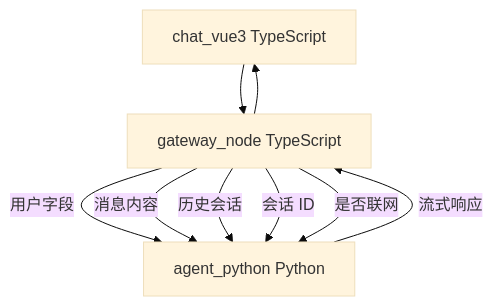
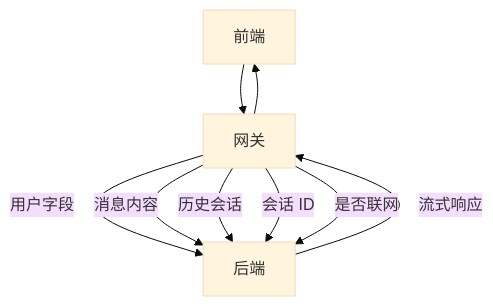
One commit to swipth/work-report changed the seventh of 8 diagrams in reports/2026-05-26/index.md. Above: the diagram before and after it, drawn with Mermaid (base theme). The commit also changed other lines of this file and 18 other files, not shown here.

````diff
--- a/reports/2026-05-26/index.md
+++ b/reports/2026-05-26/index.md
@@ -160,11 +160,11 @@
 ```mermaid
 flowchart TB
-  FE["chat_vue3 TypeScript"] --> GW["gateway_node TypeScript"]
-  GW -->|"用户字段"| Agent["agent_python Python"]
+  FE["前端"] --> GW["网关"]
+  GW -->|"用户字段"| Agent["后端"]
   GW -->|"消息内容"| Agent
   GW -->|"历史会话"| Agent
   GW -->|"会话 ID"| Agent
   GW -->|"是否联网"| Agent
   Agent -->|"流式响应"| GW
   GW --> FE
 ```
````
